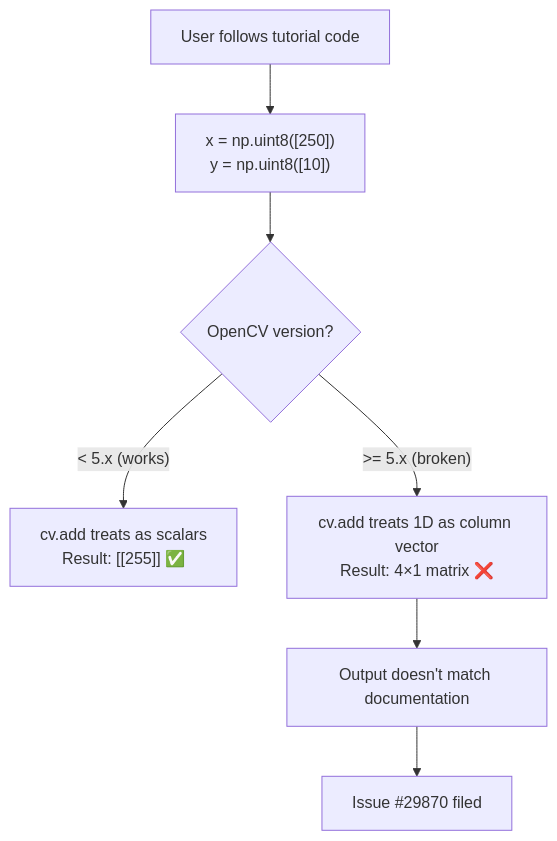
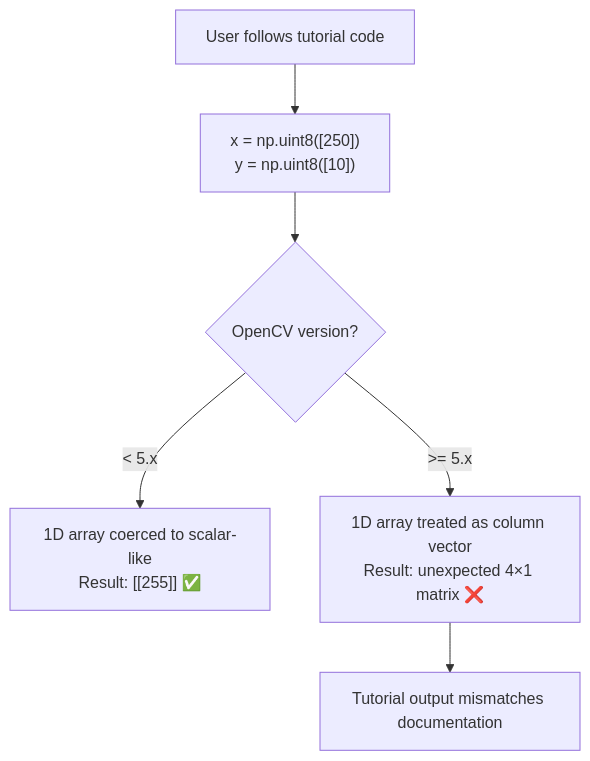
One commit to varun-projects/opencv changed the first of 10 diagrams in FIXES_DOCUMENTATION.md. Above: the diagram before and after it, drawn with Mermaid. The commit also changed other lines of this file, not shown here.

````diff
--- a/FIXES_DOCUMENTATION.md
+++ b/FIXES_DOCUMENTATION.md
@@ -51,9 +56,8 @@
 ```mermaid
 flowchart TD
     A[User follows tutorial code] --> B["x = np.uint8([250])\ny = np.uint8([10])"]
     B --> C{OpenCV version?}
-    C -->|"< 5.x (works)"| D["cv.add treats as scalars\nResult: [[255]] ✅"]
-    C -->|">= 5.x (broken)"| E["cv.add treats 1D as column vector\nResult: 4×1 matrix ❌"]
-    E --> F[Output doesn't match documentation]
-    F --> G[Issue #29870 filed]
+    C -->|"< 5.x"| D["1D array coerced to scalar-like\nResult: [[255]] ✅"]
+    C -->|">= 5.x"| E["1D array treated as column vector\nResult: unexpected 4×1 matrix ❌"]
+    E --> F[Tutorial output mismatches documentation]
 ```
````
